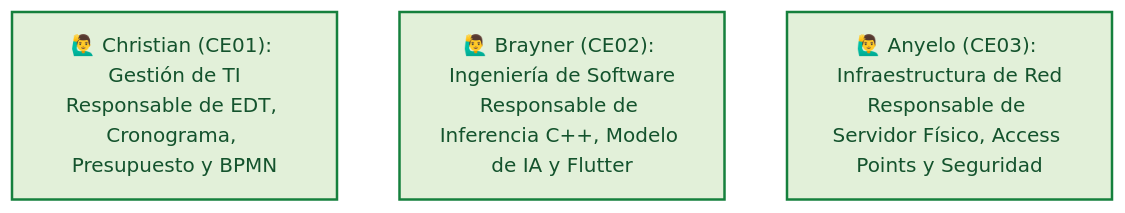
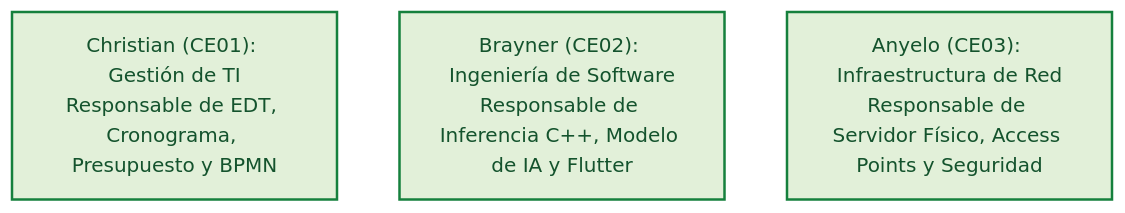
Before and after one commit to jhanslarico11/Perfil-de-Egreso: the fourth of 5 diagrams in docs/ChristianRafaelMamaniCallata/entregable3.md, drawn with Mermaid. The commit also changed other lines of this file and 4 other files, not shown here.

Commit message:
Remocion de emojis de los diagramas Mermaid para una apariencia academica limpia

````diff
--- a/docs/ChristianRafaelMamaniCallata/entregable3.md
+++ b/docs/ChristianRafaelMamaniCallata/entregable3.md
@@ -243,8 +243,8 @@
 ```mermaid
 graph TD
     classDef role fill:#e2f0d9,stroke:#15803d,stroke-width:2px,color:#14532d;
 
-    R1["🙋‍♂️ Christian (CE01): Gestión de TI<br>Responsable de EDT, Cronograma, Presupuesto y BPMN"]:::role
-    R2["🙋‍♂️ Brayner (CE02): Ingeniería de Software<br>Responsable de Inferencia C++, Modelo de IA y Flutter"]:::role
-    R3["🙋‍♂️ Anyelo (CE03): Infraestructura de Red<br>Responsable de Servidor Físico, Access Points y Seguridad"]:::role
+    R1["Christian (CE01): Gestión de TI<br>Responsable de EDT, Cronograma, Presupuesto y BPMN"]:::role
+    R2["Brayner (CE02): Ingeniería de Software<br>Responsable de Inferencia C++, Modelo de IA y Flutter"]:::role
+    R3["Anyelo (CE03): Infraestructura de Red<br>Responsable de Servidor Físico, Access Points y Seguridad"]:::role
 ```
````
